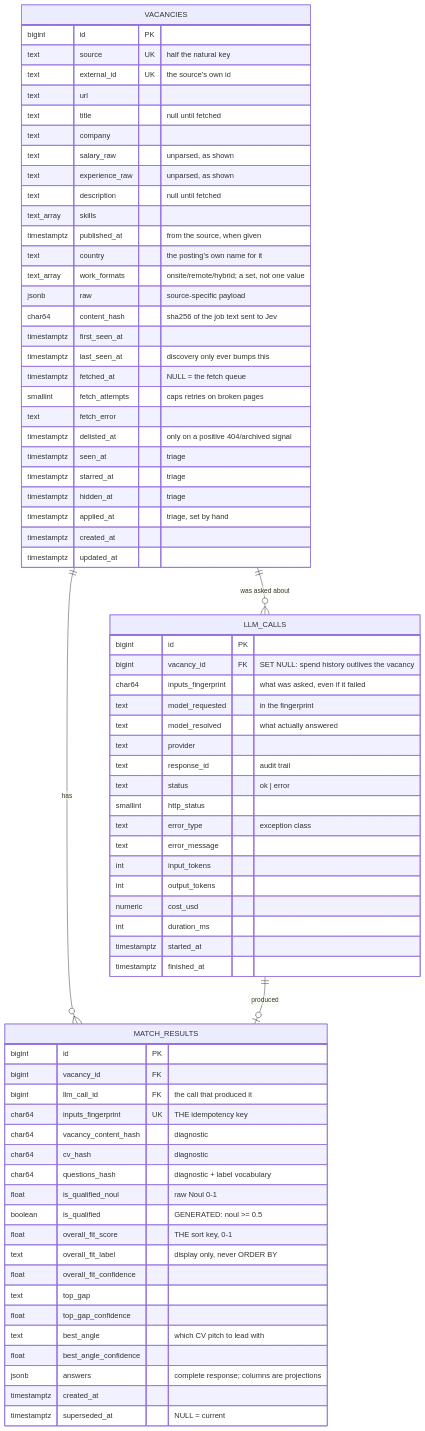
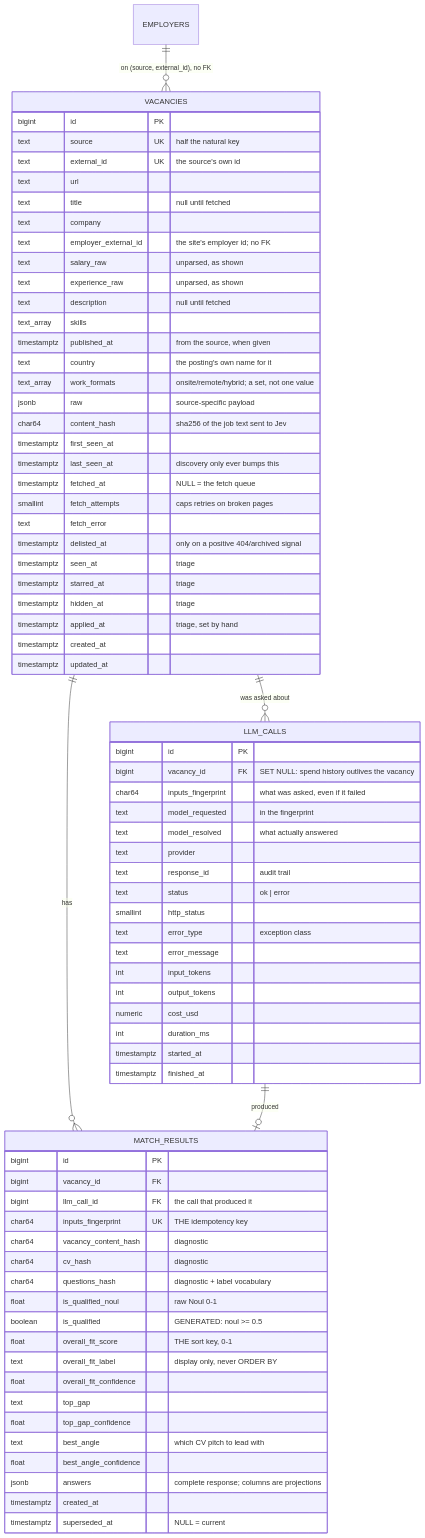
The diagram in docs/architecture.md (svetazol/jobmatch), drawn with Mermaid before and after one commit. The commit also changed other lines of this file and 19 other files, not shown here.

````diff
--- a/docs/architecture.md
+++ b/docs/architecture.md
@@ -67,78 +72,80 @@
 ```mermaid
 erDiagram
+    EMPLOYERS ||--o{ VACANCIES : "on (source, external_id), no FK"
     VACANCIES ||--o{ LLM_CALLS : "was asked about"
     VACANCIES ||--o{ MATCH_RESULTS : "has"
     LLM_CALLS ||--o| MATCH_RESULTS : "produced"
 
     VACANCIES {
         bigint id PK
         text source UK "half the natural key"
         text external_id UK "the source's own id"
         text url
         text title "null until fetched"
         text company
+        text employer_external_id "the site's employer id; no FK"
         text salary_raw "unparsed, as shown"
         text experience_raw "unparsed, as shown"
         text description "null until fetched"
         text_array skills
         timestamptz published_at "from the source, when given"
         text country "the posting's own name for it"
         text_array work_formats "onsite/remote/hybrid; a set, not one value"
         jsonb raw "source-specific payload"
         char64 content_hash "sha256 of the job text sent to Jev"
         timestamptz first_seen_at
         timestamptz last_seen_at "discovery only ever bumps this"
         timestamptz fetched_at "NULL = the fetch queue"
         smallint fetch_attempts "caps retries on broken pages"
         text fetch_error
         timestamptz delisted_at "only on a positive 404/archived signal"
         timestamptz seen_at "triage"
         timestamptz starred_at "triage"
         timestamptz hidden_at "triage"
         timestamptz applied_at "triage, set by hand"
         timestamptz created_at
         timestamptz updated_at
     }
 
     MATCH_RESULTS {
         bigint id PK
         bigint vacancy_id FK
         bigint llm_call_id FK "the call that produced it"
         char64 inputs_fingerprint UK "THE idempotency key"
         char64 vacancy_content_hash "diagnostic"
         char64 cv_hash "diagnostic"
         char64 questions_hash "diagnostic + label vocabulary"
         float is_qualified_noul "raw Noul 0-1"
         boolean is_qualified "GENERATED: noul >= 0.5"
         float overall_fit_score "THE sort key, 0-1"
         text overall_fit_label "display only, never ORDER BY"
         float overall_fit_confidence
         text top_gap
         float top_gap_confidence
         text best_angle "which CV pitch to lead with"
         float best_angle_confidence
         jsonb answers "complete response; columns are projections"
         timestamptz created_at
         timestamptz superseded_at "NULL = current"
     }
 
     LLM_CALLS {
         bigint id PK
         bigint vacancy_id FK "SET NULL: spend history outlives the vacancy"
         char64 inputs_fingerprint "what was asked, even if it failed"
         text model_requested "in the fingerprint"
         text model_resolved "what actually answered"
         text provider
         text response_id "audit trail"
         text status "ok | error"
         smallint http_status
         text error_type "exception class"
         text error_message
         int input_tokens
         int output_tokens
         numeric cost_usd
         int duration_ms
         timestamptz started_at
         timestamptz finished_at
     }
 ```
````
